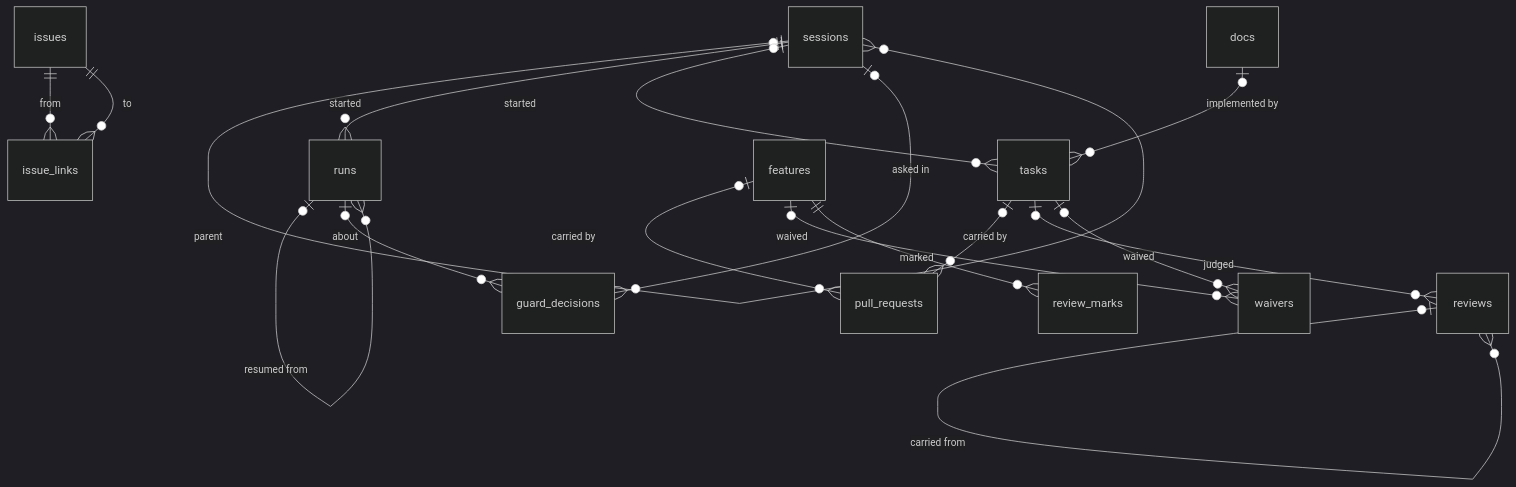
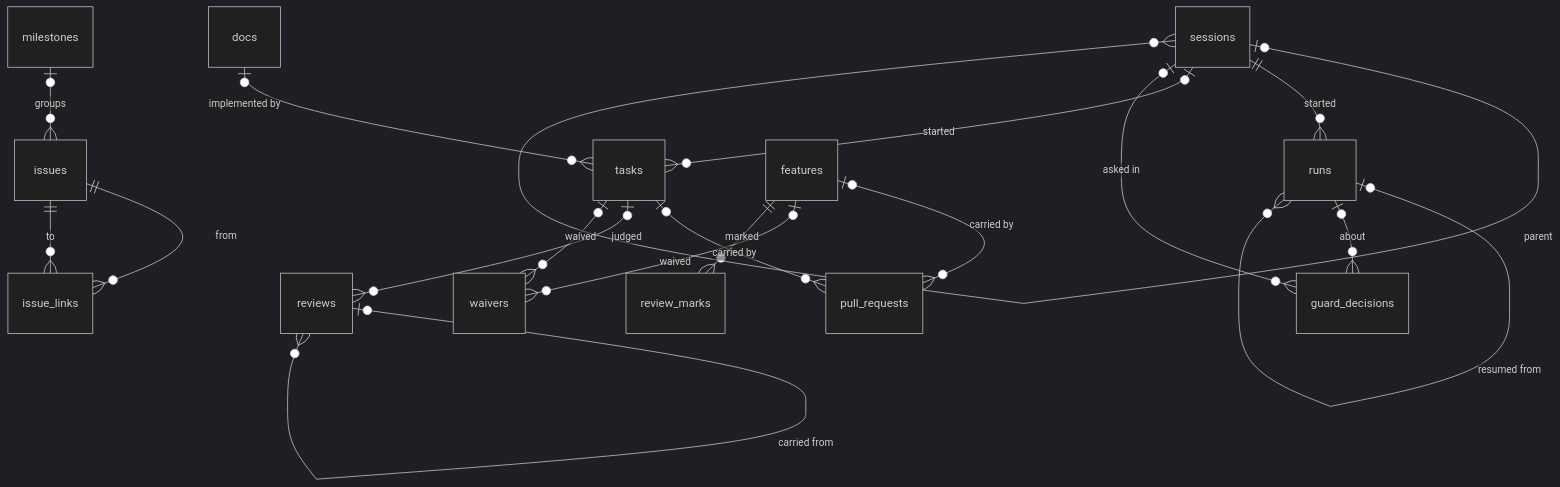
Diagram 11 of 12 in docs/architecture/TRAJECTORY.md (trustmybot/tmb), drawn with Mermaid (dark theme) before and after one commit. The commit also changed other lines of this file, not shown here.

````diff
--- a/docs/architecture/TRAJECTORY.md
+++ b/docs/architecture/TRAJECTORY.md
@@ -560,19 +561,20 @@
 ```mermaid
 erDiagram
     sessions |o--o{ sessions : "parent"
     sessions ||--o{ runs : "started"
     sessions |o--o{ tasks : "started"
     sessions |o--o{ guard_decisions : "asked in"
     runs |o--o{ runs : "resumed from"
     runs |o--o{ guard_decisions : "about"
+    milestones |o--o{ issues : "groups"
     issues ||--o{ issue_links : "from"
     issues ||--o{ issue_links : "to"
     features |o--o{ pull_requests : "carried by"
     tasks |o--o{ pull_requests : "carried by"
     tasks |o--o{ reviews : "judged"
     reviews |o--o{ reviews : "carried from"
     tasks |o--o{ waivers : "waived"
     features |o--o{ waivers : "waived"
     features ||--o{ review_marks : "marked"
     docs |o--o{ tasks : "implemented by"
 ```
````
